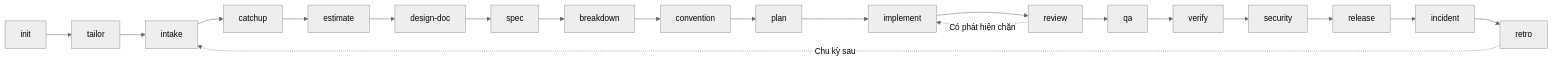
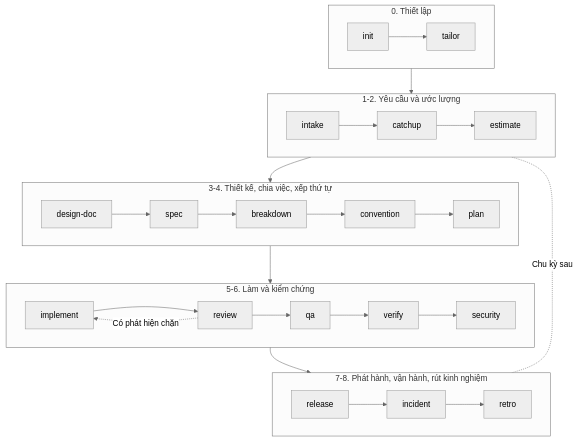
Before and after one commit to lamngockhuong/aiteamkit: the diagram in docs/vi/skills-overview.md, drawn with Mermaid (neutral theme). The commit also changed 13 other files, not shown here.

````diff
--- a/docs/vi/skills-overview.md
+++ b/docs/vi/skills-overview.md
@@ -11,9 +11,26 @@
 ```mermaid
-flowchart LR
-    I["init"] --> T["tailor"] --> IN["intake"] --> C["catchup"] --> E["estimate"]
-    E --> D["design-doc"] --> SP["spec"] --> B["breakdown"] --> CV["convention"] --> P["plan"]
-    P --> IM["implement"] --> R["review"] --> Q["qa"] --> V["verify"] --> S["security"] --> RL["release"]
-    R -.->|Có phát hiện chặn| IM
-    RL --> IC["incident"] --> RT["retro"]
-    RT -.->|Chu kỳ sau| IN
+flowchart TD
+    subgraph L0["0. Thiết lập"]
+        direction LR
+        I["init"] --> T["tailor"]
+    end
+    subgraph L1["1-2. Yêu cầu và ước lượng"]
+        direction LR
+        IN["intake"] --> C["catchup"] --> E["estimate"]
+    end
+    subgraph L2["3-4. Thiết kế, chia việc, xếp thứ tự"]
+        direction LR
+        D["design-doc"] --> SP["spec"] --> B["breakdown"] --> CV["convention"] --> P["plan"]
+    end
+    subgraph L3["5-6. Làm và kiểm chứng"]
+        direction LR
+        IM["implement"] --> R["review"] --> Q["qa"] --> V["verify"] --> S["security"]
+        R -.->|Có phát hiện chặn| IM
+    end
+    subgraph L4["7-8. Phát hành, vận hành, rút kinh nghiệm"]
+        direction LR
+        RL["release"] --> IC["incident"] --> RT["retro"]
+    end
+    L0 --> L1 --> L2 --> L3 --> L4
+    L1 <-.-|Chu kỳ sau| L4
 ```
````
